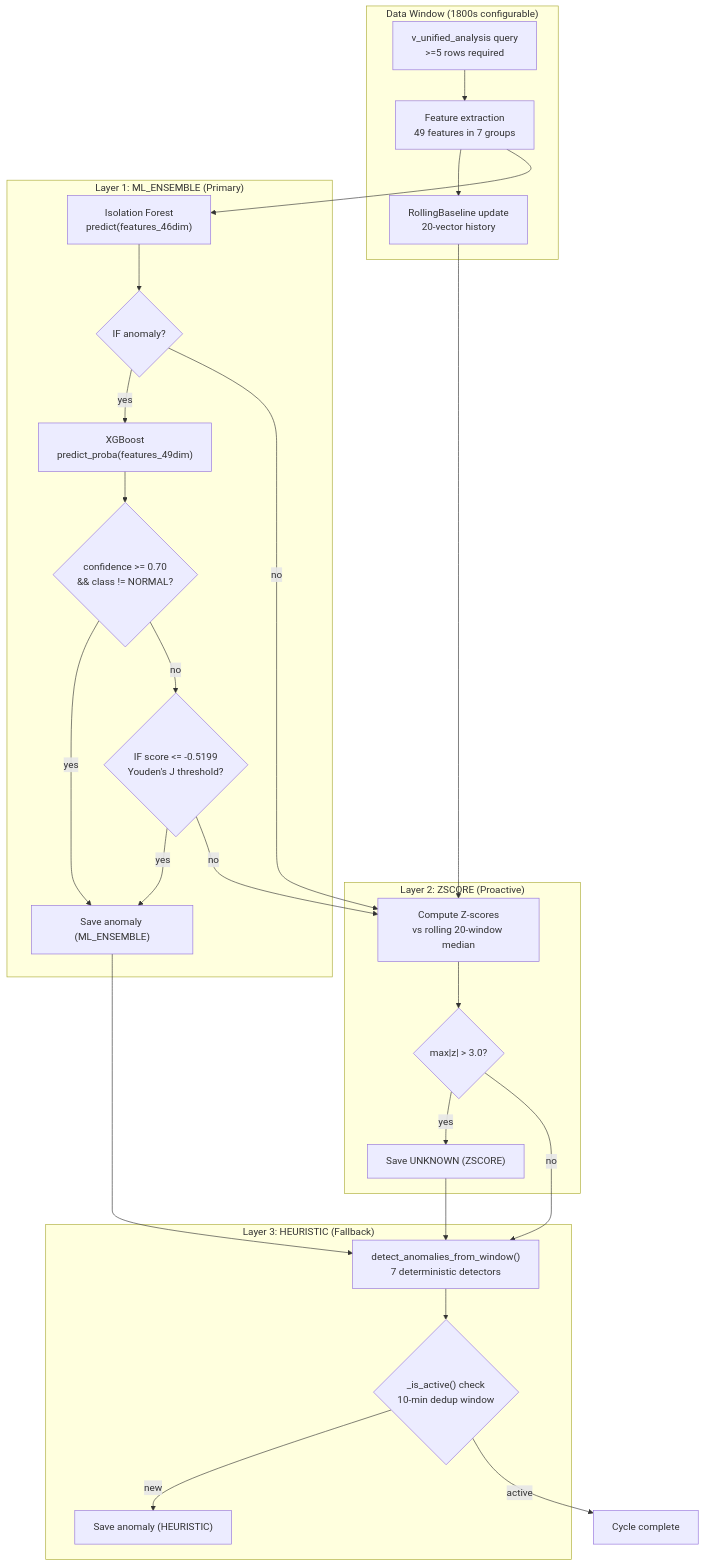
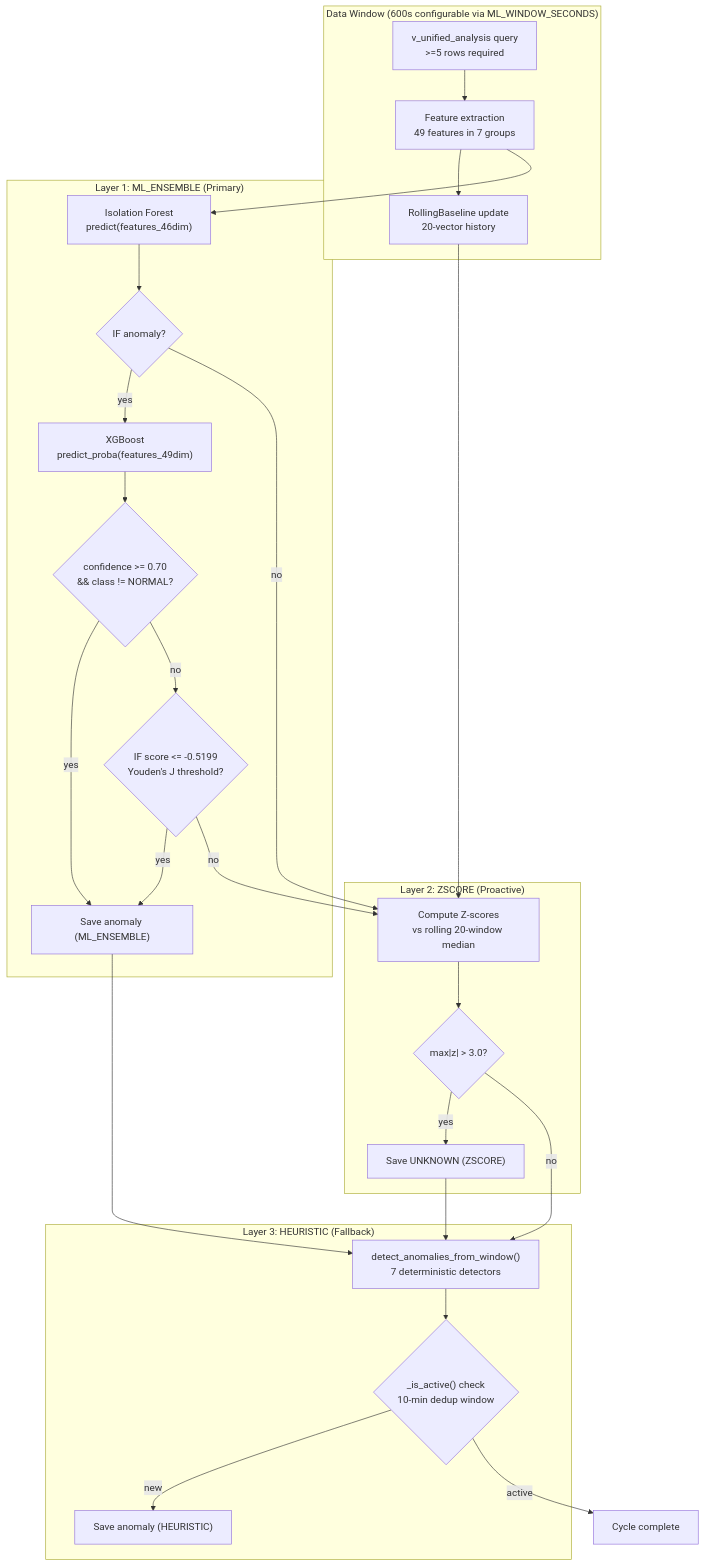
The sixth of 8 diagrams in README.md (AhmedIkram05/laad), drawn with Mermaid before and after one commit. The commit also changed other lines of this file and 1 other file, not shown here.

````diff
--- a/README.md
+++ b/README.md
@@ -506,48 +476,48 @@
 ```mermaid
 flowchart TD
-  subgraph Window ["Data Window (1800s configurable)"]
+  subgraph Window ["Data Window (600s configurable via ML_WINDOW_SECONDS)"]
     Q["v_unified_analysis query<br/>>=5 rows required"]
     FE["Feature extraction<br/>49 features in 7 groups"]
     BU["RollingBaseline update<br/>20-vector history"]
   end
 
   subgraph Layer1 ["Layer 1: ML_ENSEMBLE (Primary)"]
     IF["Isolation Forest<br/>predict(features_46dim)"]
     IF_ANOM{"IF anomaly?"}
     XGB["XGBoost<br/>predict_proba(features_49dim)"]
     HIGH{"confidence >= 0.70<br/>&& class != NORMAL?"}
     UNKNOWN{"IF score <= -0.5199<br/>Youden's J threshold?"}
     SAVE1["Save anomaly (ML_ENSEMBLE)"]
   end
 
   subgraph Layer2 ["Layer 2: ZSCORE (Proactive)"]
     ZR["Compute Z-scores<br/>vs rolling 20-window median"]
     MAXZ{"max|z| > 3.0?"}
     SAVE2["Save UNKNOWN (ZSCORE)"]
   end
 
   subgraph Layer3 ["Layer 3: HEURISTIC (Fallback)"]
     DET["detect_anomalies_from_window()<br/>7 deterministic detectors"]
     DEDUP{"_is_active() check<br/>10-min dedup window"}
     SAVE3["Save anomaly (HEURISTIC)"]
   end
 
   Q --> FE --> BU
   FE --> IF
   IF --> IF_ANOM
   IF_ANOM -->|"yes"| XGB
   IF_ANOM -->|"no"| ZR
   XGB --> HIGH
   HIGH -->|"yes"| SAVE1
   HIGH -->|"no"| UNKNOWN
   UNKNOWN -->|"yes"| SAVE1
   UNKNOWN -->|"no"| ZR
   BU --> ZR
   ZR --> MAXZ
   MAXZ -->|"yes"| SAVE2
   MAXZ -->|"no"| DET
   SAVE1 & SAVE2 --> DET
   DET --> DEDUP
   DEDUP -->|"new"| SAVE3
   DEDUP -->|"active"| END["Cycle complete"]
 ```
````
